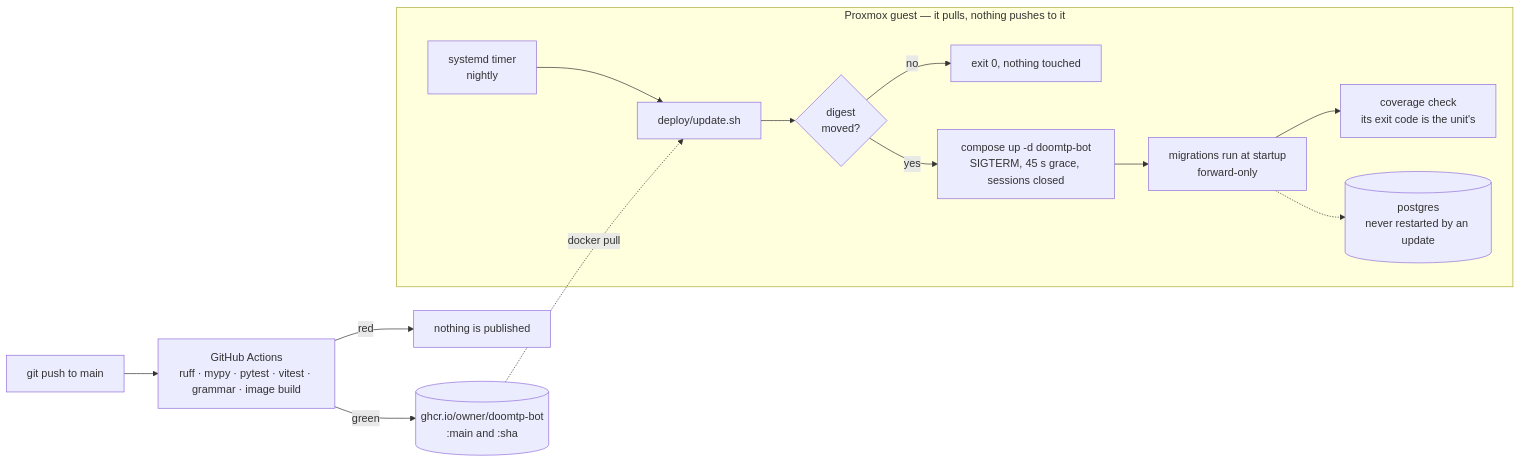
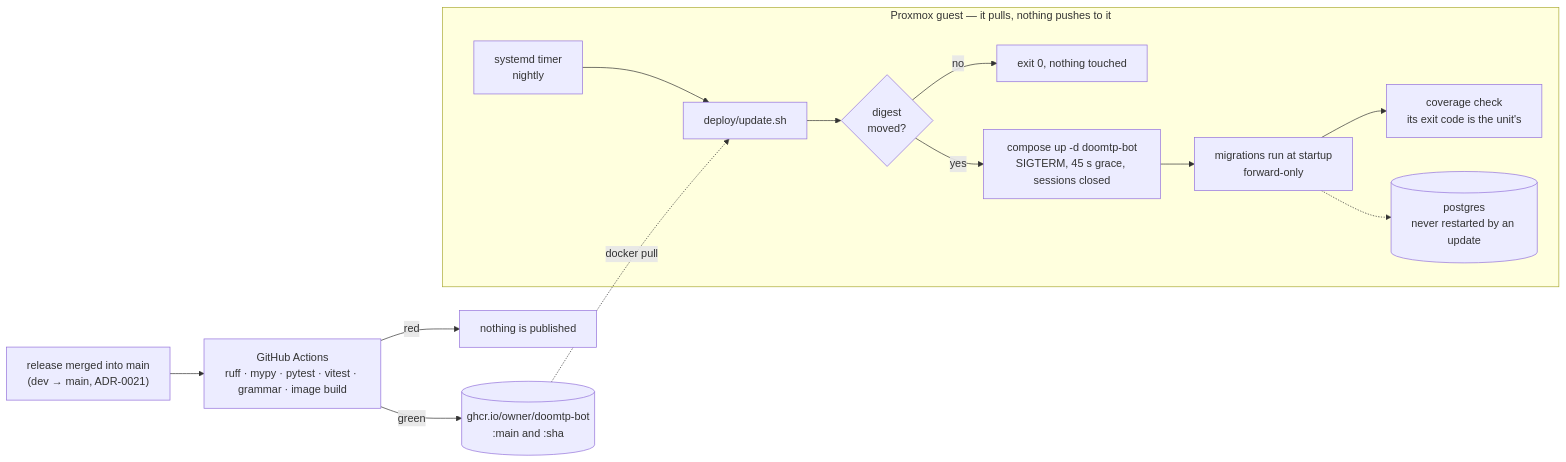
Before and after one commit to vEXOULZ/doomtp-bot: the second of 2 diagrams in docs/architecture.md, drawn with Mermaid. The commit also changed other lines of this file and 10 other files, not shown here.

First line of the commit message:
Integrate on dev and release to main

````diff
--- a/docs/architecture.md
+++ b/docs/architecture.md
@@ -702,19 +702,19 @@
 ```mermaid
 flowchart LR
-    push["git push to main"] --> ci["GitHub Actions<br/>ruff · mypy · pytest · vitest · grammar · image build"]
+    push["release merged into main<br/>(dev → main, ADR-0021)"] --> ci["GitHub Actions<br/>ruff · mypy · pytest · vitest · grammar · image build"]
     ci -->|red| none["nothing is published"]
     ci -->|green| ghcr[("ghcr.io/owner/doomtp-bot<br/>:main and :sha")]
 
     subgraph guest["Proxmox guest — it pulls, nothing pushes to it"]
         timer["systemd timer<br/>nightly"] --> upd["deploy/update.sh"]
         upd --> moved{"digest<br/>moved?"}
         moved -->|no| done["exit 0, nothing touched"]
         moved -->|yes| restart["compose up -d doomtp-bot<br/>SIGTERM, 45 s grace, sessions closed"]
         restart --> migrate["migrations run at startup<br/>forward-only"]
         migrate --> cov["coverage check<br/>its exit code is the unit's"]
         pg[("postgres<br/>never restarted by an update")]
         migrate -.-> pg
     end
 
     ghcr -.->|docker pull| upd
 ```
````
